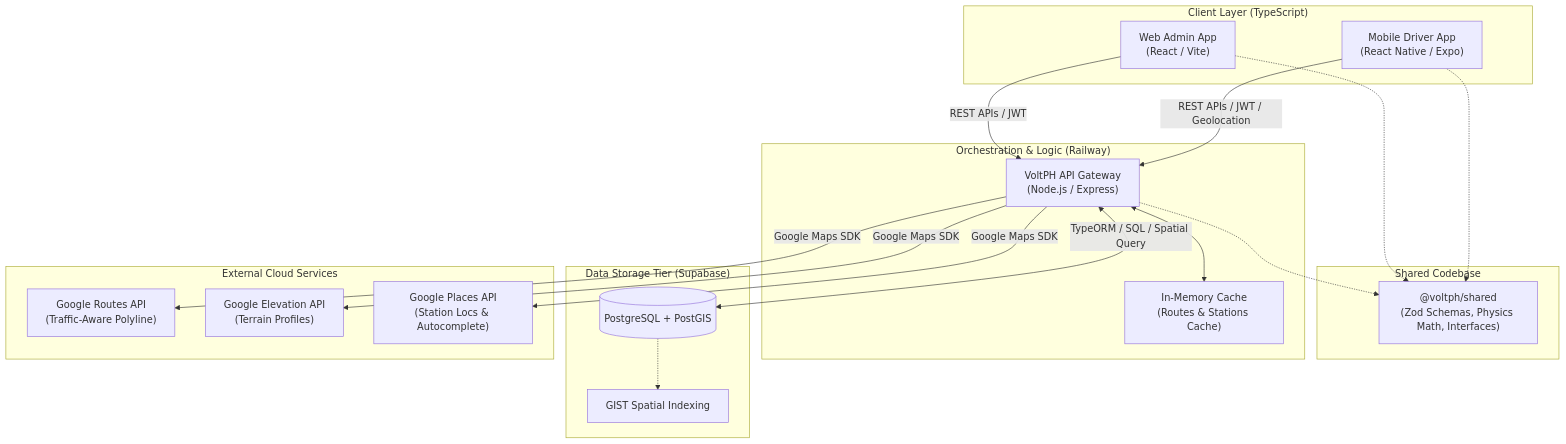
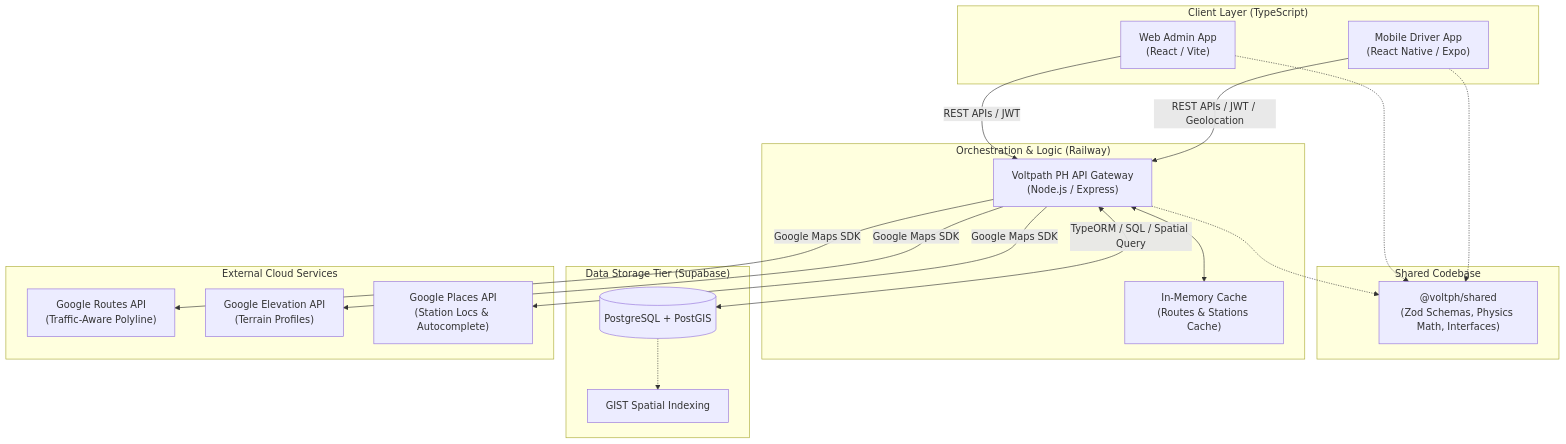
One commit to Team-Kaizen-MMDC/voltpathph changed the first of 3 diagrams in docs/ARCHITECTURE.md. Above: the diagram before and after it, drawn with Mermaid. The commit also changed other lines of this file and 28 other files, not shown here.

````diff
--- a/docs/ARCHITECTURE.md
+++ b/docs/ARCHITECTURE.md
@@ -9,46 +9,46 @@
 ```mermaid
 graph TB
     subgraph Clients ["Client Layer (TypeScript)"]
         Web["Web Admin App<br/>(React / Vite)"]
         Mobile["Mobile Driver App<br/>(React Native / Expo)"]
     end
 
     subgraph Packages ["Shared Codebase"]
         Shared["@voltph/shared<br/>(Zod Schemas, Physics Math, Interfaces)"]
     end
 
     subgraph Infrastructure ["Orchestration & Logic (Railway)"]
-        API["VoltPH API Gateway<br/>(Node.js / Express)"]
+        API["Voltpath PH API Gateway<br/>(Node.js / Express)"]
         Cache["In-Memory Cache<br/>(Routes & Stations Cache)"]
     end
 
     subgraph Data ["Data Storage Tier (Supabase)"]
         DB[(PostgreSQL + PostGIS)]
         SpatialIndex[GIST Spatial Indexing]
     end
 
     subgraph Cloud ["External Cloud Services"]
         G_Routes["Google Routes API<br/>(Traffic-Aware Polyline)"]
         G_Elevation["Google Elevation API<br/>(Terrain Profiles)"]
         G_Places["Google Places API<br/>(Station Locs & Autocomplete)"]
     end
 
     %% Client associations
     Web -.-> Shared
     Mobile -.-> Shared
     API -.-> Shared
 
     %% Communications
     Web -->|REST APIs / JWT| API
     Mobile -->|REST APIs / JWT / Geolocation| API
     
     %% API Interactions
     API <--> Cache
     API -->|Google Maps SDK| G_Routes
     API -->|Google Maps SDK| G_Elevation
     API -->|Google Maps SDK| G_Places
     
     %% Data Interactions
     API <-->|TypeORM / SQL / Spatial Query| DB
     DB -.-> SpatialIndex
 ```
````
